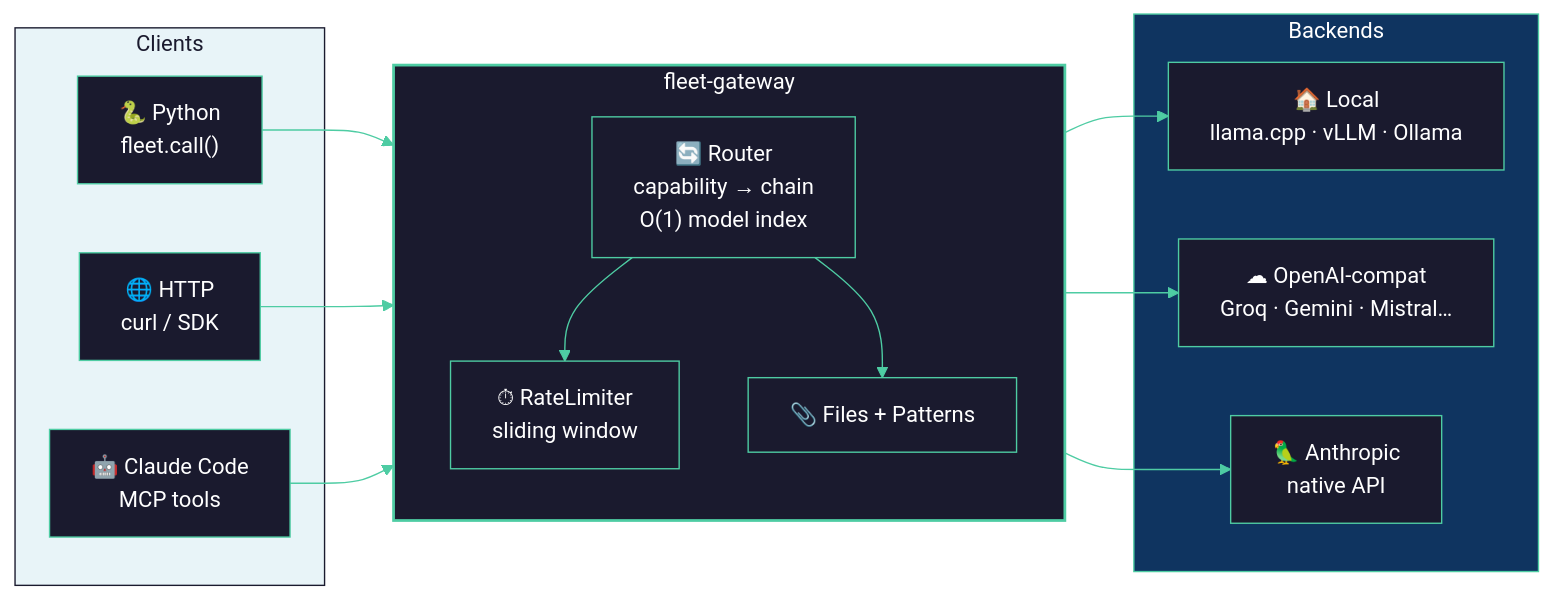
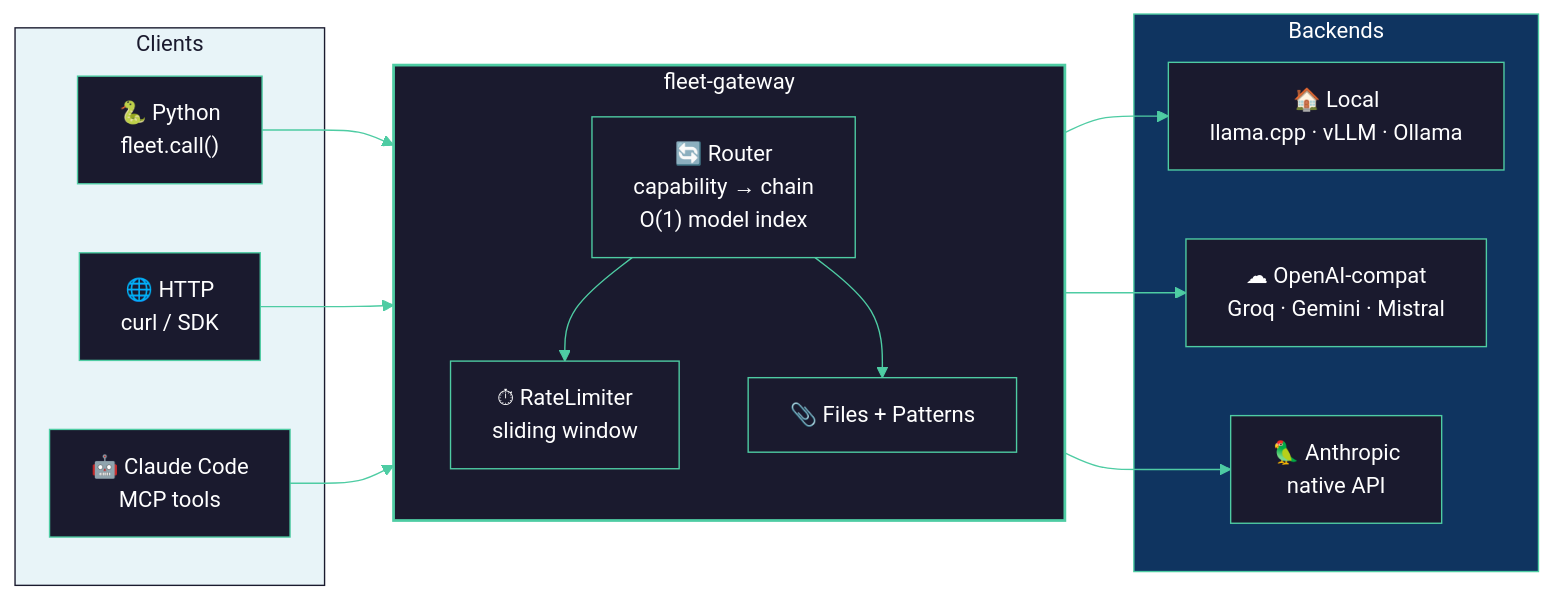
One commit to cs-cdf/fleet-gateway changed the diagram in README.md. Above: the diagram before and after it, drawn with Mermaid. The commit also changed 4 other files, not shown here.

First line of the commit message:
fix(docs): repair Mermaid parse errors across all architecture diagrams

````diff
--- a/README.md
+++ b/README.md
@@ -72,35 +72,35 @@
 ```mermaid
 %%{init: {'theme': 'base', 'themeVariables': {
   'primaryColor': '#1a1a2e', 'primaryTextColor': '#fff',
   'primaryBorderColor': '#4ecca3', 'lineColor': '#4ecca3',
   'fontFamily': 'Inter, sans-serif'
 }}}%%
 graph LR
     subgraph Clients["Clients"]
-        PY["🐍 Python<br/>fleet.call()"]
-        HTTP["🌐 HTTP<br/>curl / SDK"]
-        MCP["🤖 Claude Code<br/>MCP tools"]
+        PY["🐍 Python<br>fleet.call()"]
+        HTTP["🌐 HTTP<br>curl / SDK"]
+        MCP["🤖 Claude Code<br>MCP tools"]
     end
 
     subgraph GW["fleet-gateway"]
         direction TB
-        R["🔄 Router<br/>capability → chain<br/>O(1) model index"]
-        RL["⏱ RateLimiter<br/>sliding window"]
+        R["🔄 Router<br>capability → chain<br>O(1) model index"]
+        RL["⏱ RateLimiter<br>sliding window"]
         FILES["📎 Files + Patterns"]
     end
 
     subgraph Backends["Backends"]
-        L["🏠 Local<br/>llama.cpp · vLLM · Ollama"]
-        C["☁ OpenAI-compat<br/>Groq · Gemini · Mistral…"]
-        A["🦜 Anthropic<br/>native API"]
+        L["🏠 Local<br>llama.cpp · vLLM · Ollama"]
+        C["☁ OpenAI-compat<br>Groq · Gemini · Mistral"]
+        A["🦜 Anthropic<br>native API"]
     end
 
     PY & HTTP & MCP --> R
     R --> RL
     RL --> L & C & A
     R --> FILES
 
     style GW fill:#1a1a2e,stroke:#4ecca3,stroke-width:2px,color:#fff
     style Backends fill:#0f3460,stroke:#4ecca3,color:#fff
     style Clients fill:#e8f4f8,stroke:#1a1a2e,color:#1a1a2e
 ```
````
